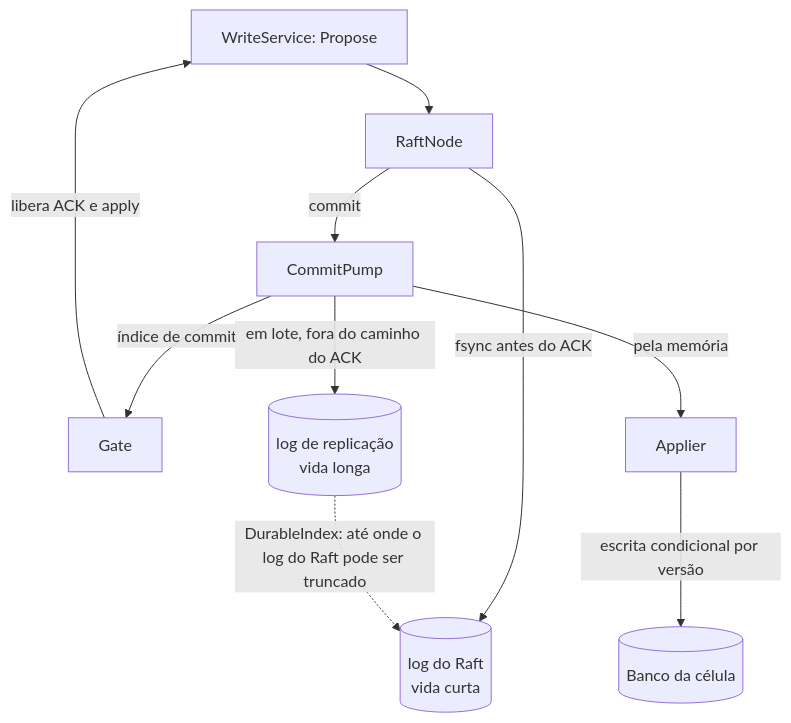
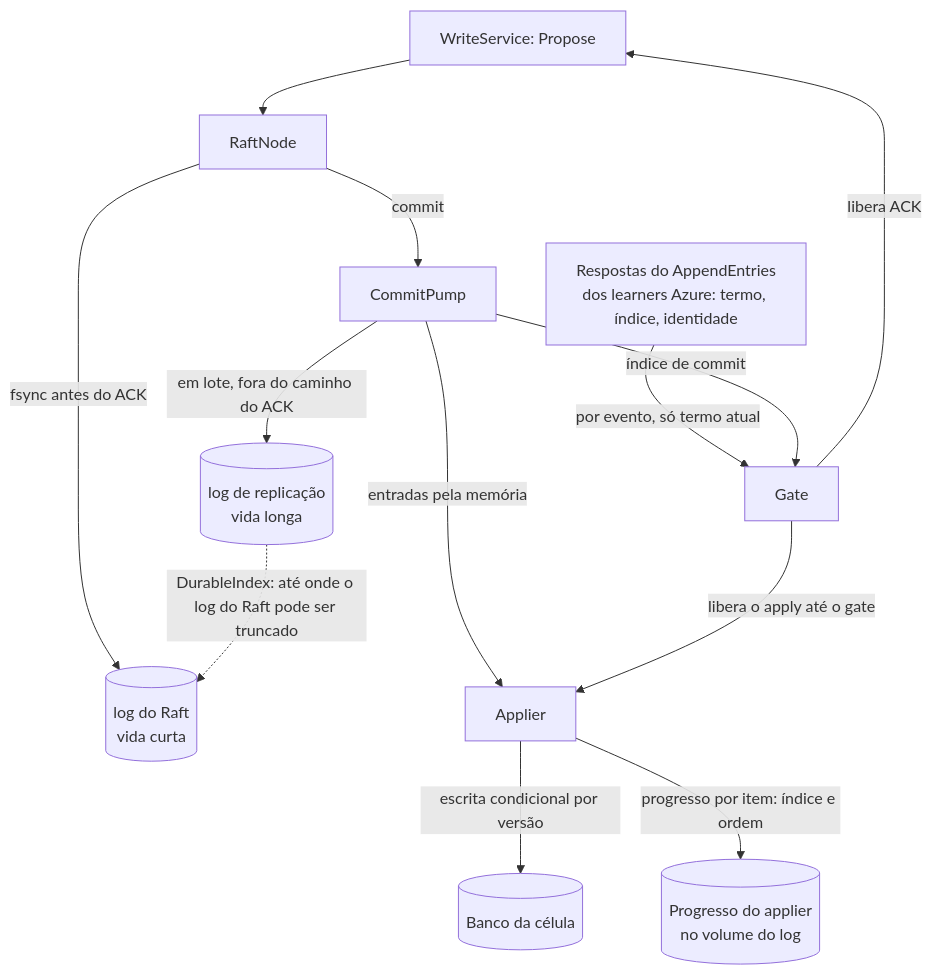
The diagram in 04_diagramas/D04-dois-logs-e-commitpump.md (brbarmex/k), drawn with Mermaid before and after one commit. The commit also changed other lines of this file and 139 other files, not shown here.

````diff
--- a/04_diagramas/D04-dois-logs-e-commitpump.md
+++ b/04_diagramas/D04-dois-logs-e-commitpump.md
@@ -9,12 +9,15 @@
 ```mermaid
 flowchart TD
     W["WriteService: Propose"] --> RAFT["RaftNode"]
     RAFT -->|"fsync antes do ACK"| RLOG[("log do Raft<br/>vida curta")]
     RAFT -->|"commit"| PUMP["CommitPump"]
-    PUMP -->|"índice de commit"| GATE["Gate"]
-    PUMP -->|"pela memória"| APPL["Applier"]
+    AZ["Respostas do AppendEntries<br/>dos learners Azure: termo, índice, identidade"] -->|"por evento, só termo atual"| GATE["Gate"]
+    PUMP -->|"índice de commit"| GATE
+    PUMP -->|"entradas pela memória"| APPL["Applier"]
     PUMP -->|"em lote, fora do caminho do ACK"| REP[("log de replicação<br/>vida longa")]
-    GATE -->|"libera ACK e apply"| W
+    GATE -->|"libera ACK"| W
+    GATE -->|"libera o apply até o gate"| APPL
     APPL -->|"escrita condicional por versão"| DB[("Banco da célula")]
+    APPL -->|"progresso por item: índice e ordem"| PROG[("Progresso do applier<br/>no volume do log")]
     REP -.->|"DurableIndex: até onde o log do Raft pode ser truncado"| RLOG
 ```
````
